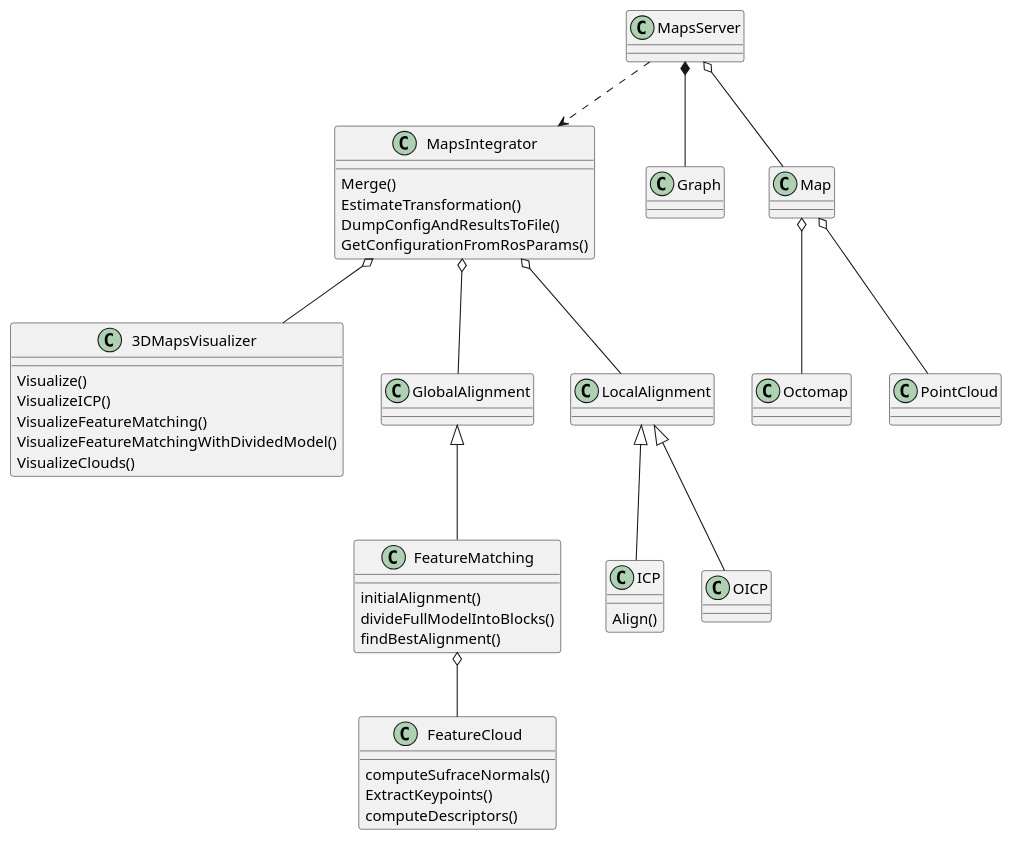
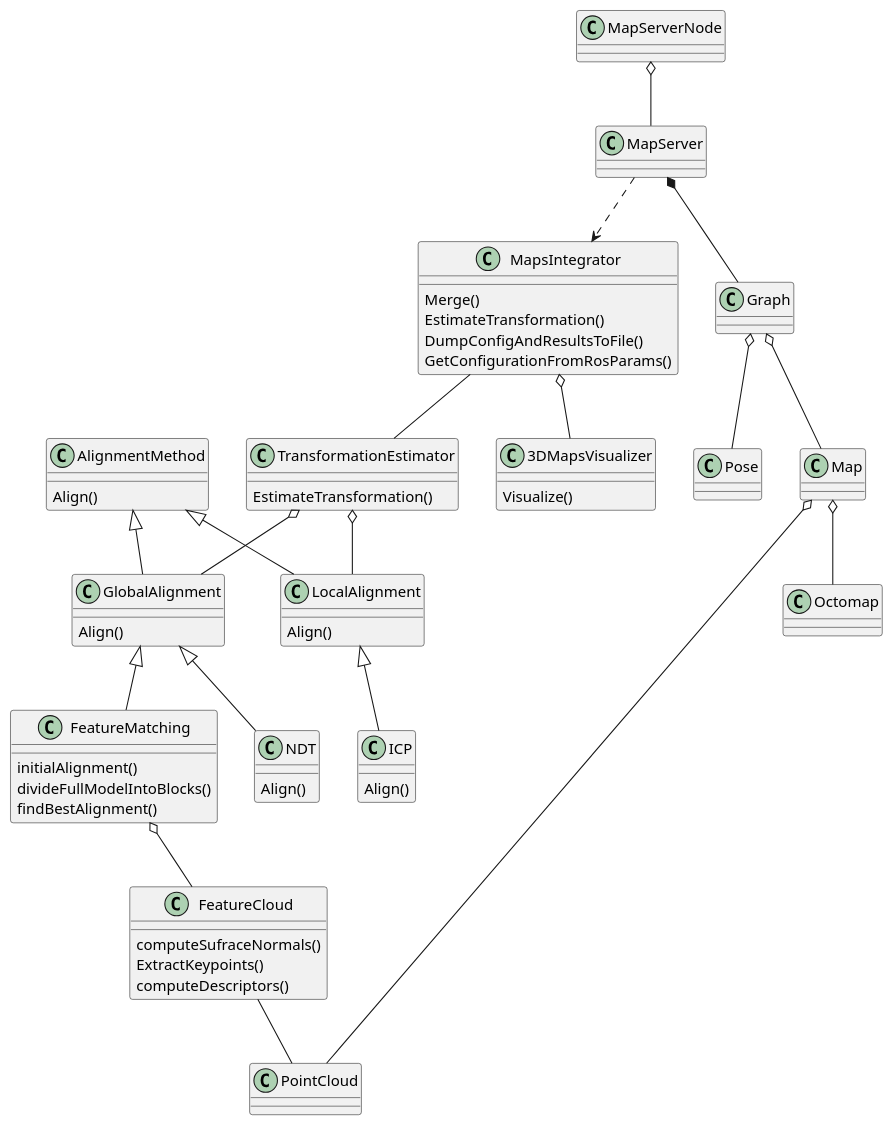
One commit to mdrwiega/3d_map_server changed the diagram in design/class_diagram.puml. Above: the diagram before and after it, drawn with PlantUML. The commit also changed 1 other file, not shown here.

```diff
--- a/design/class_diagram.puml
+++ b/design/class_diagram.puml
@@ -1,53 +1,86 @@
 @startuml
 
 class FeatureCloud {
   computeSufraceNormals()
   ExtractKeypoints()
   computeDescriptors()
 }
 
 class FeatureMatching {
   initialAlignment()
   divideFullModelIntoBlocks()
   findBestAlignment()
 }
 
 class ICP {
   Align()
 }
 
+class NDT {
+  Align()
+}
+
+class AlignmentMethod {
+  Align()
+}
+
+class GlobalAlignment {
+  Align()
+}
+
+class LocalAlignment {
+  Align()
+}
+
+class TransformationEstimator {
+  EstimateTransformation()
+}
+
 class MapsIntegrator {
   Merge()
   EstimateTransformation()
   DumpConfigAndResultsToFile()
   GetConfigurationFromRosParams()
 }
 
 class 3DMapsVisualizer {
 	Visualize()
-	VisualizeICP()
-	VisualizeFeatureMatching()
-	VisualizeFeatureMatchingWithDividedModel()
-	VisualizeClouds()
+	' VisualizeICP()
+	' VisualizeFeatureMatching()
+	' VisualizeFeatureMatchingWithDividedModel()
+	' VisualizeClouds()
 }
 
 ' Connections
-FeatureMatching o-- FeatureCloud
 
-MapsIntegrator o-- GlobalAlignment
-GlobalAlignment <|-- FeatureMatching
+MapServerNode o-- MapServer
 
-MapsIntegrator o-- LocalAlignment
-LocalAlignment <|-- ICP
-LocalAlignment <|-- OICP
+MapServer -.> MapsIntegrator
+MapServer *-- Graph
 
+Graph o-- Pose
+Graph o-- Map
+
+MapsIntegrator -- TransformationEstimator
 MapsIntegrator o-- 3DMapsVisualizer
 
-MapsServer -.> MapsIntegrator
-MapsServer *-- Graph
-MapsServer o-- Map
+TransformationEstimator o-- GlobalAlignment
+TransformationEstimator o-- LocalAlignment
+
+AlignmentMethod <|-- GlobalAlignment
+AlignmentMethod <|-- LocalAlignment
+
+LocalAlignment <|-- ICP
+
+GlobalAlignment <|-- FeatureMatching
+GlobalAlignment <|-- NDT
+
+FeatureMatching o-- FeatureCloud
+FeatureCloud -- PointCloud
+
+
 
 Map o-- Octomap
 Map o-- PointCloud
 
 @enduml
```
